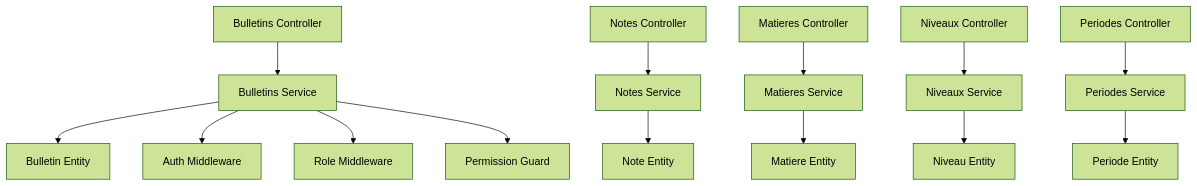
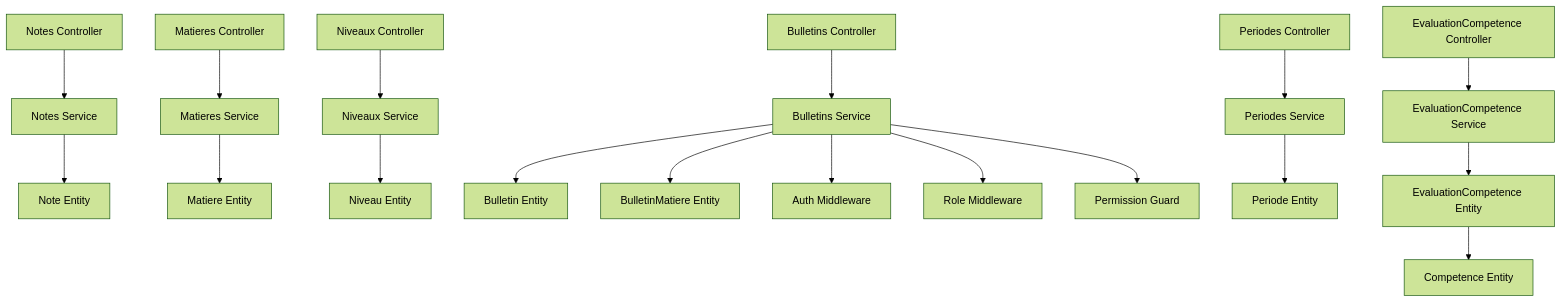
Before and after one commit to franckylab/eLISAschool: the ninth of 9 diagrams in .qoder/repowiki/en/content/Modules & Features/Academic Modules/Grading System & Bulletins.md, drawn with Mermaid (forest theme). The commit also changed other lines of this file and 53 other files, not shown here.

````diff
--- a/.qoder/repowiki/en/content/Modules & Features/Academic Modules/Grading System & Bulletins.md
+++ b/.qoder/repowiki/en/content/Modules & Features/Academic Modules/Grading System & Bulletins.md
@@ -501,16 +713,20 @@
 ```mermaid
 graph TB
 BC["Bulletins Controller"] --> BS["Bulletins Service"]
 NC["Notes Controller"] --> NS["Notes Service"]
 MC["Matieres Controller"] --> MS["Matieres Service"]
 NVC["Niveaux Controller"] --> NVS["Niveaux Service"]
 PC["Periodes Controller"] --> PS["Periodes Service"]
+EC["EvaluationCompetence Controller"] --> ECS["EvaluationCompetence Service"]
 BS --> BE["Bulletin Entity"]
+BS --> BM["BulletinMatiere Entity"]
 NS --> NE["Note Entity"]
 MS --> ME["Matiere Entity"]
 NVS --> NVE["Niveau Entity"]
 PS --> PE["Periode Entity"]
+ECS --> ECE["EvaluationCompetence Entity"]
+ECE --> CE["Competence Entity"]
 BS --> Auth["Auth Middleware"]
 BS --> Role["Role Middleware"]
 BS --> Guard["Permission Guard"]
 ```
````
